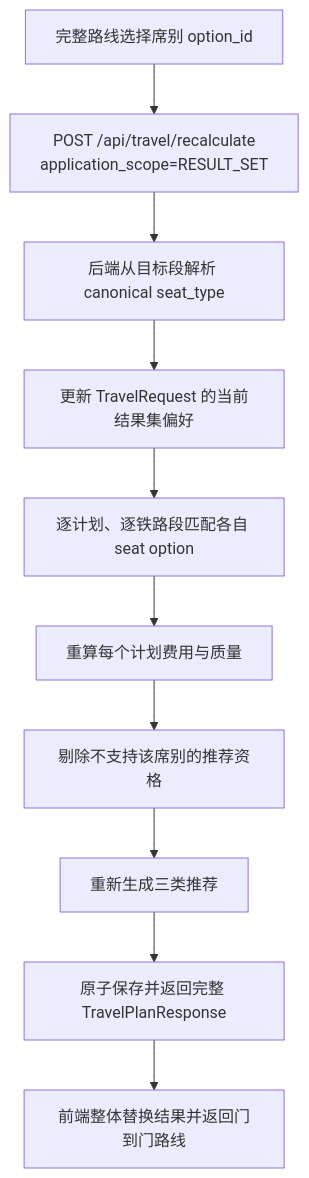
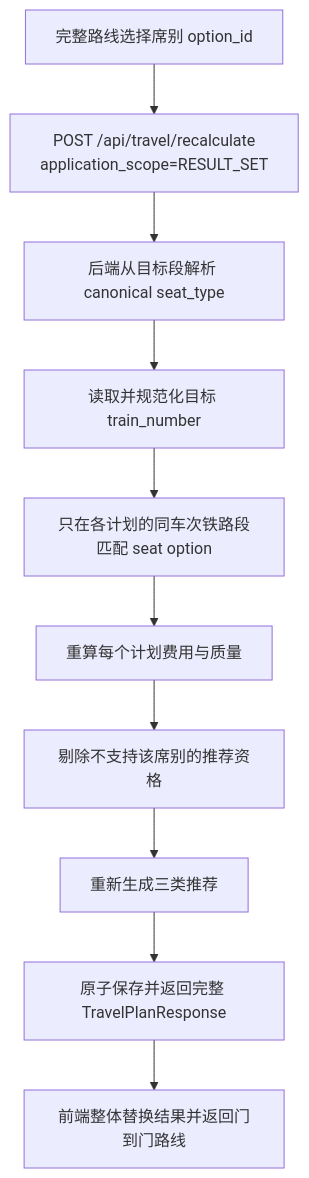
Before and after one commit to jinjinminmin1017-beep/travel_planner: the first of 3 diagrams in docs/ARCHITECTURE.md, drawn with Mermaid. The commit also changed other lines of this file and 6 other files, not shown here.

Commit message:
fix: sync rail seats by train number

````diff
--- a/docs/ARCHITECTURE.md
+++ b/docs/ARCHITECTURE.md
@@ -271,12 +272,12 @@
 ```mermaid
 flowchart TD
     A["完整路线选择席别 option_id"] --> B["POST /api/travel/recalculate\napplication_scope=RESULT_SET"]
     B --> C["后端从目标段解析 canonical seat_type"]
-    C --> D["更新 TravelRequest 的当前结果集偏好"]
-    D --> E["逐计划、逐铁路段匹配各自 seat option"]
+    C --> D["读取并规范化目标 train_number"]
+    D --> E["只在各计划的同车次铁路段匹配 seat option"]
     E --> F["重算每个计划费用与质量"]
     F --> G["剔除不支持该席别的推荐资格"]
     G --> H["重新生成三类推荐"]
     H --> I["原子保存并返回完整 TravelPlanResponse"]
     I --> J["前端整体替换结果并返回门到门路线"]
 ```
````
